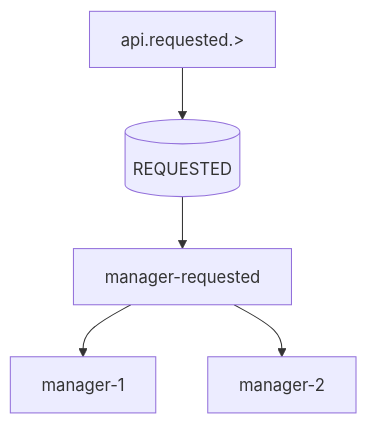
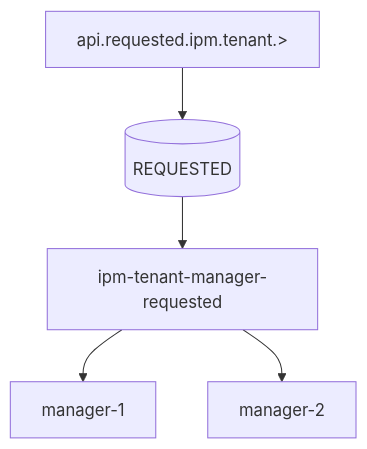
One commit to danielsabatini/smarkee changed the first of 6 diagrams in docs/NATS.md. Above: the diagram before and after it, drawn with Mermaid. The commit also changed other lines of this file, not shown here.

````diff
--- a/docs/NATS.md
+++ b/docs/NATS.md
@@ -313,7 +390,7 @@
 ```mermaid
 graph TD
-    A[api.requested.>] --> B[(REQUESTED)]
-    B --> C[manager-requested]
+    A[api.requested.ipm.tenant.>] --> B[(REQUESTED)]
+    B --> C[ipm-tenant-manager-requested]
     C --> D[manager-1]
     C --> E[manager-2]
 ```
````
